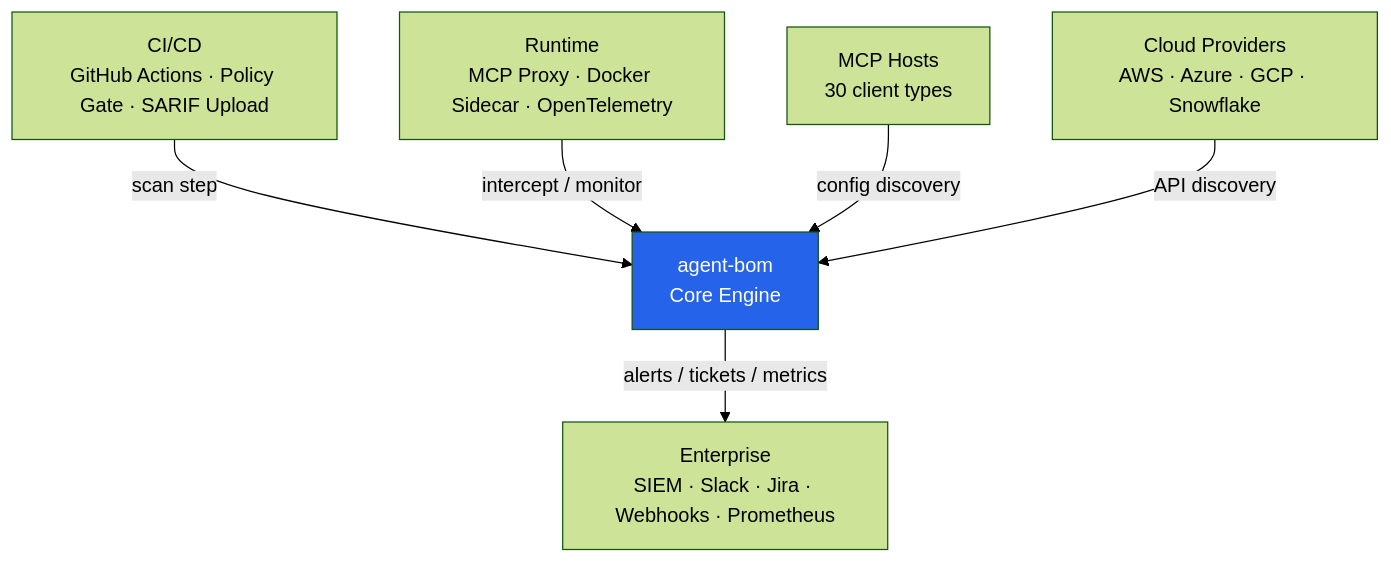
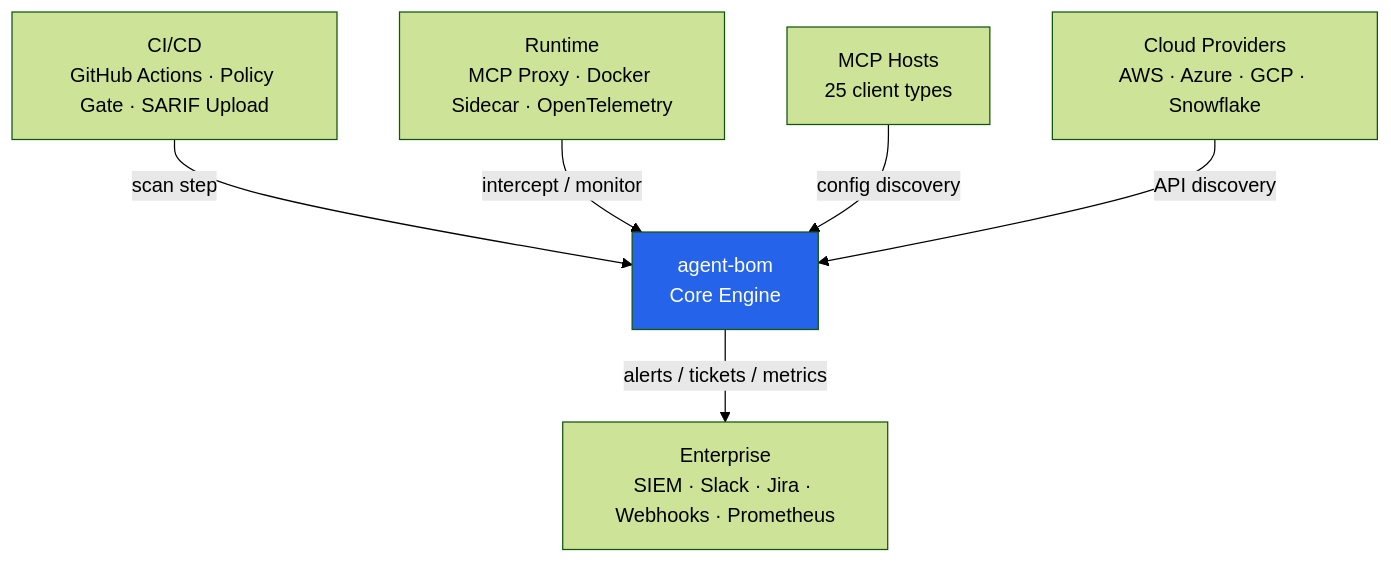
The fifth of 5 diagrams in docs/ARCHITECTURE.md (Rish-2006/agent-bom), drawn with Mermaid (forest theme) before and after one commit. The commit also changed other lines of this file and 5 other files, not shown here.

````diff
--- a/docs/ARCHITECTURE.md
+++ b/docs/ARCHITECTURE.md
@@ -195,18 +195,18 @@
 ```mermaid
 graph TB
     AB["agent-bom\nCore Engine"]
 
     CI["CI/CD\nGitHub Actions · Policy Gate · SARIF Upload"]
     RT["Runtime\nMCP Proxy · Docker Sidecar · OpenTelemetry"]
-    HOSTS["MCP Hosts\n30 client types"]
+    HOSTS["MCP Hosts\n25 client types"]
     CLOUD["Cloud Providers\nAWS · Azure · GCP · Snowflake"]
     ENT["Enterprise\nSIEM · Slack · Jira · Webhooks · Prometheus"]
 
     CI -->|scan step| AB
     RT -->|intercept / monitor| AB
     HOSTS -->|config discovery| AB
     CLOUD -->|API discovery| AB
     AB -->|alerts / tickets / metrics| ENT
 
     style AB fill:#2563eb,color:#fff
 ```
````
